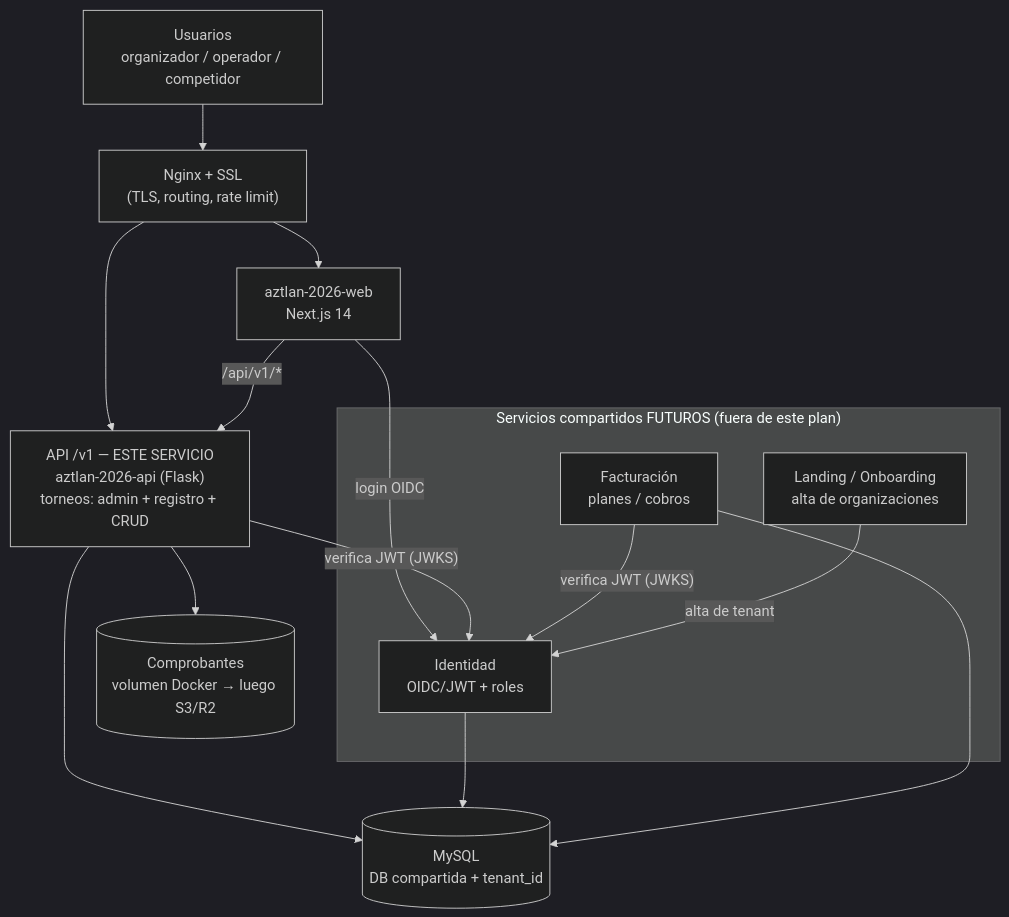
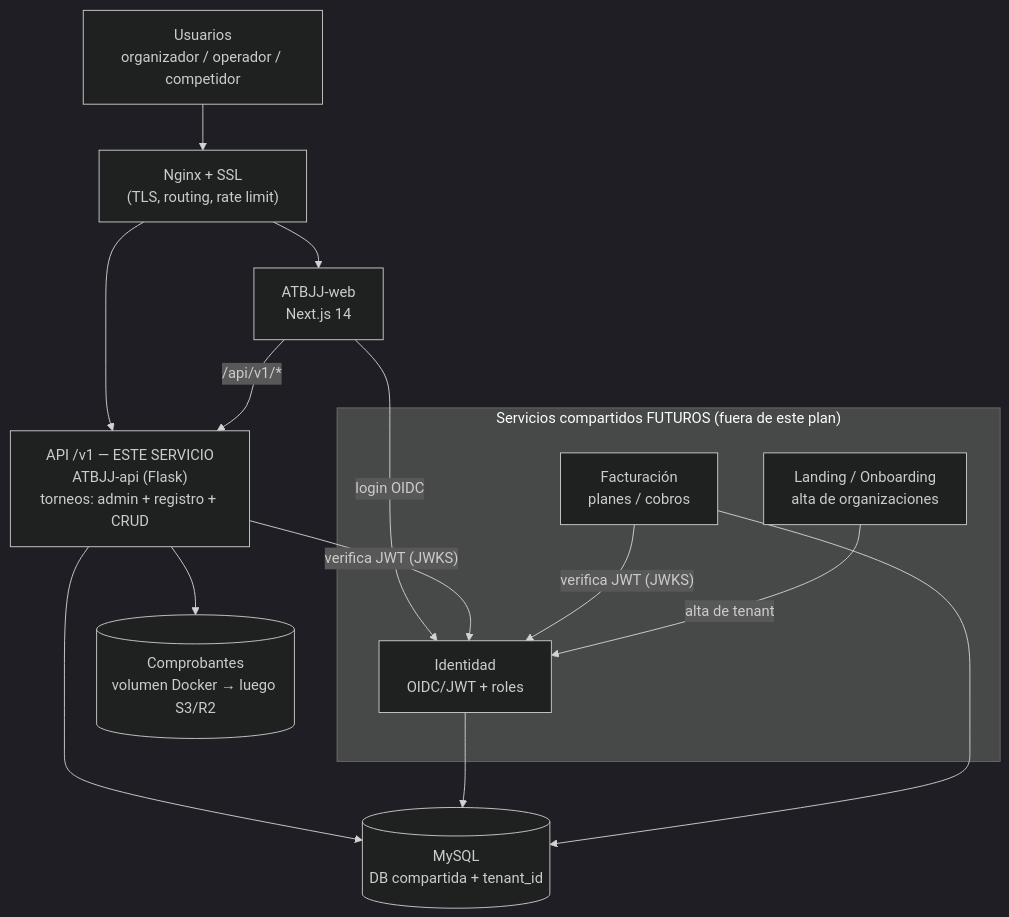
One commit to dant-dev22/ATBJJ changed the diagram in docs/PLAN-SAAS.md. Above: the diagram before and after it, drawn with Mermaid (dark theme). The commit also changed other lines of this file, not shown here.

Commit message:
docs: alinear nombres de repos del plan a ATBJJ

````diff
--- a/docs/PLAN-SAAS.md
+++ b/docs/PLAN-SAAS.md
@@ -74,26 +76,26 @@
 ```mermaid
 flowchart TB
   U["Usuarios<br/>organizador / operador / competidor"] --> NG["Nginx + SSL<br/>(TLS, routing, rate limit)"]
 
-  NG --> WEB["aztlan-2026-web<br/>Next.js 14"]
-  NG --> GW["API /v1 — ESTE SERVICIO<br/>aztlan-2026-api (Flask)<br/>torneos: admin + registro + CRUD"]
+  NG --> WEB["ATBJJ-web<br/>Next.js 14"]
+  NG --> GW["API /v1 — ESTE SERVICIO<br/>ATBJJ-api (Flask)<br/>torneos: admin + registro + CRUD"]
 
   WEB -->|"/api/v1/*"| GW
   WEB -->|"login OIDC"| ID
 
   subgraph COMPARTIDOS["Servicios compartidos FUTUROS (fuera de este plan)"]
     ID["Identidad<br/>OIDC/JWT + roles"]
     BILL["Facturación<br/>planes / cobros"]
     LAND["Landing / Onboarding<br/>alta de organizaciones"]
   end
 
   GW -->|"verifica JWT (JWKS)"| ID
   BILL -->|"verifica JWT (JWKS)"| ID
   LAND -->|"alta de tenant"| ID
 
   GW --> DB[("MySQL<br/>DB compartida + tenant_id")]
   ID --> DB
   BILL --> DB
 
   GW --> ST[("Comprobantes<br/>volumen Docker → luego S3/R2")]
 ```
````
